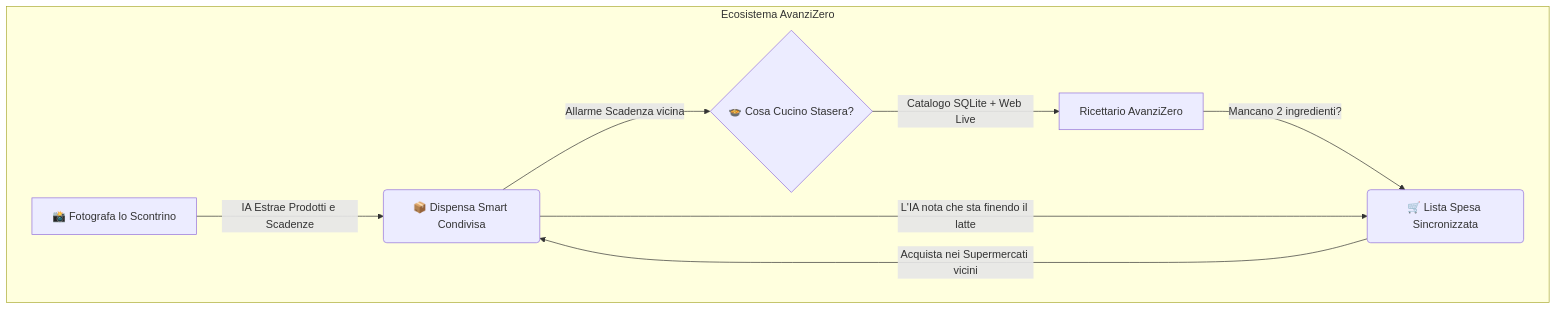
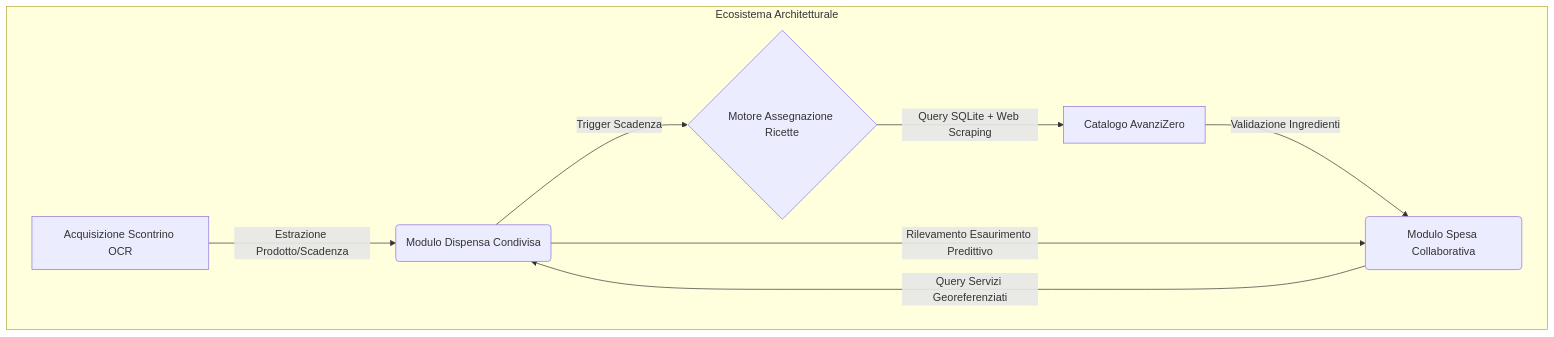
The second of 3 diagrams in README.md (YuliaD2609/AvanziZero), drawn with Mermaid before and after one commit. The commit also changed other lines of this file, not shown here.

````diff
--- a/README.md
+++ b/README.md
@@ -94,11 +93,11 @@
 ```mermaid
 flowchart TD
-    subgraph Ecosistema AvanziZero
-        A[📸 Fotografa lo Scontrino] -->|IA Estrae Prodotti e Scadenze| B(📦 Dispensa Smart Condivisa)
-        B -->|Allarme Scadenza vicina| C{🍲 Cosa Cucino Stasera?}
-        C -->|Catalogo SQLite + Web Live| D[Ricettario AvanziZero]
-        D -->|Mancano 2 ingredienti?| E(🛒 Lista Spesa Sincronizzata)
-        B -->|L'IA nota che sta finendo il latte| E
-        E -->|Acquista nei Supermercati vicini| B
+    subgraph Ecosistema Architetturale
+        A[Acquisizione Scontrino OCR] -->|Estrazione Prodotto/Scadenza| B(Modulo Dispensa Condivisa)
+        B -->|Trigger Scadenza| C{Motore Assegnazione Ricette}
+        C -->|Query SQLite + Web Scraping| D[Catalogo AvanziZero]
+        D -->|Validazione Ingredienti| E(Modulo Spesa Collaborativa)
+        B -->|Rilevamento Esaurimento Predittivo| E
+        E -->|Query Servizi Georeferenziati| B
     end
 ```
````
